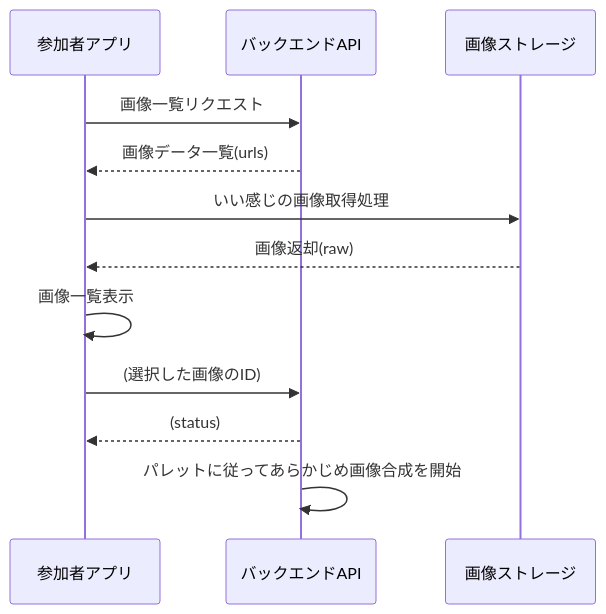
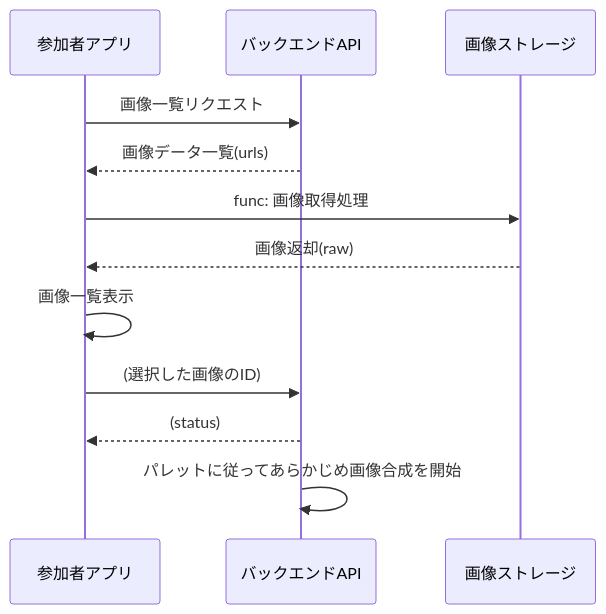
One commit to after-school-garbage-squad/repaint-architecture changed the fourth of 10 diagrams in docs/sequence/mobile.md. Above: the diagram before and after it, drawn with Mermaid. The commit also changed other lines of this file and 1 other file, not shown here.

````diff
--- a/docs/sequence/mobile.md
+++ b/docs/sequence/mobile.md
@@ -35,15 +59,15 @@
 ```mermaid
 sequenceDiagram
     participant app as 参加者アプリ
     participant back as バックエンドAPI
     participant storage as 画像ストレージ
     app ->> back: 画像一覧リクエスト
     back -->> app: 画像データ一覧(urls)
-    app ->> storage: いい感じの画像取得処理
+    app ->> storage: func: 画像取得処理
     storage -->> app: 画像返却(raw)
     app ->> app: 画像一覧表示
     app ->> back: (選択した画像のID)
     back -->> app: (status)
     back ->> back: パレットに従ってあらかじめ画像合成を開始
 
 ```
````
